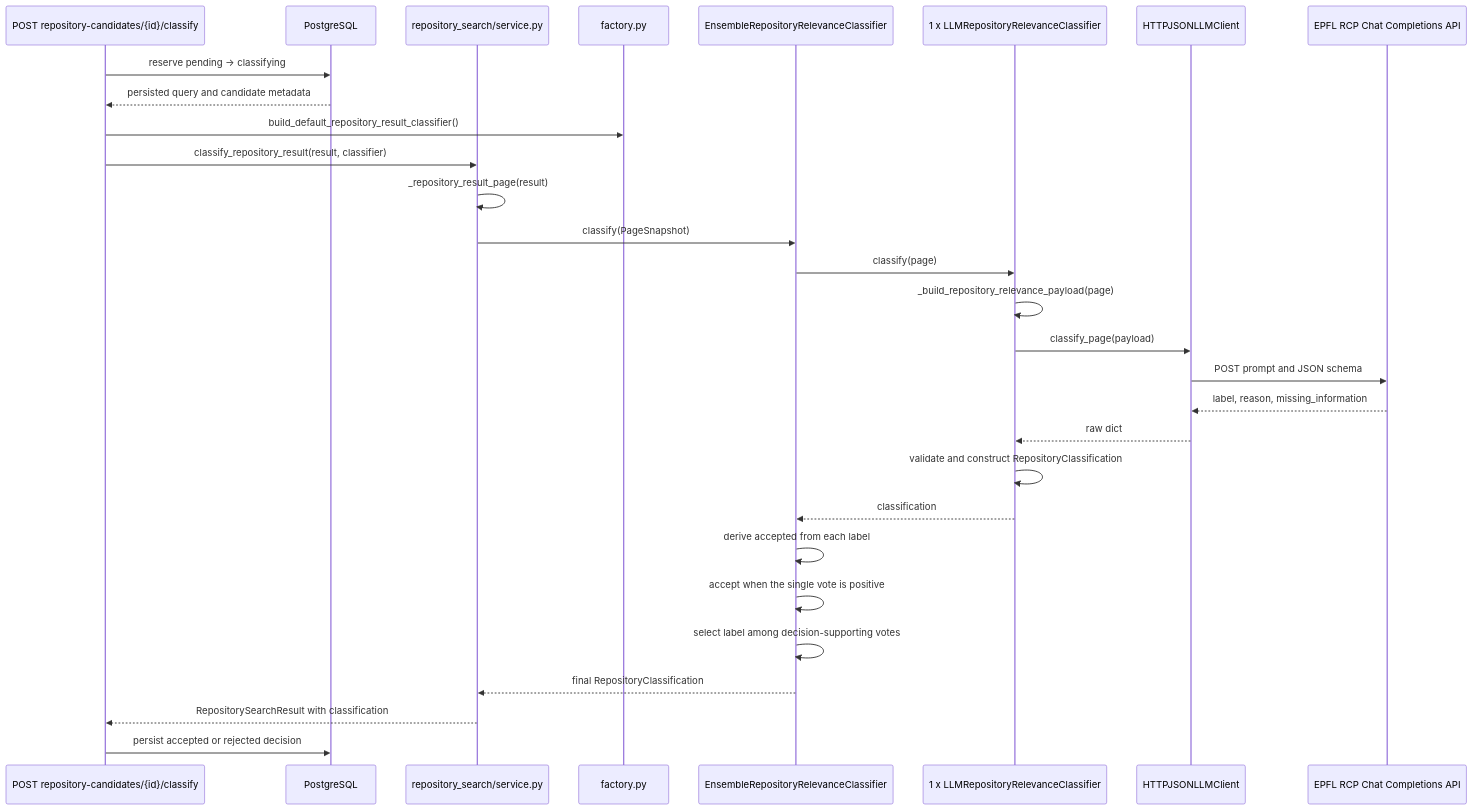
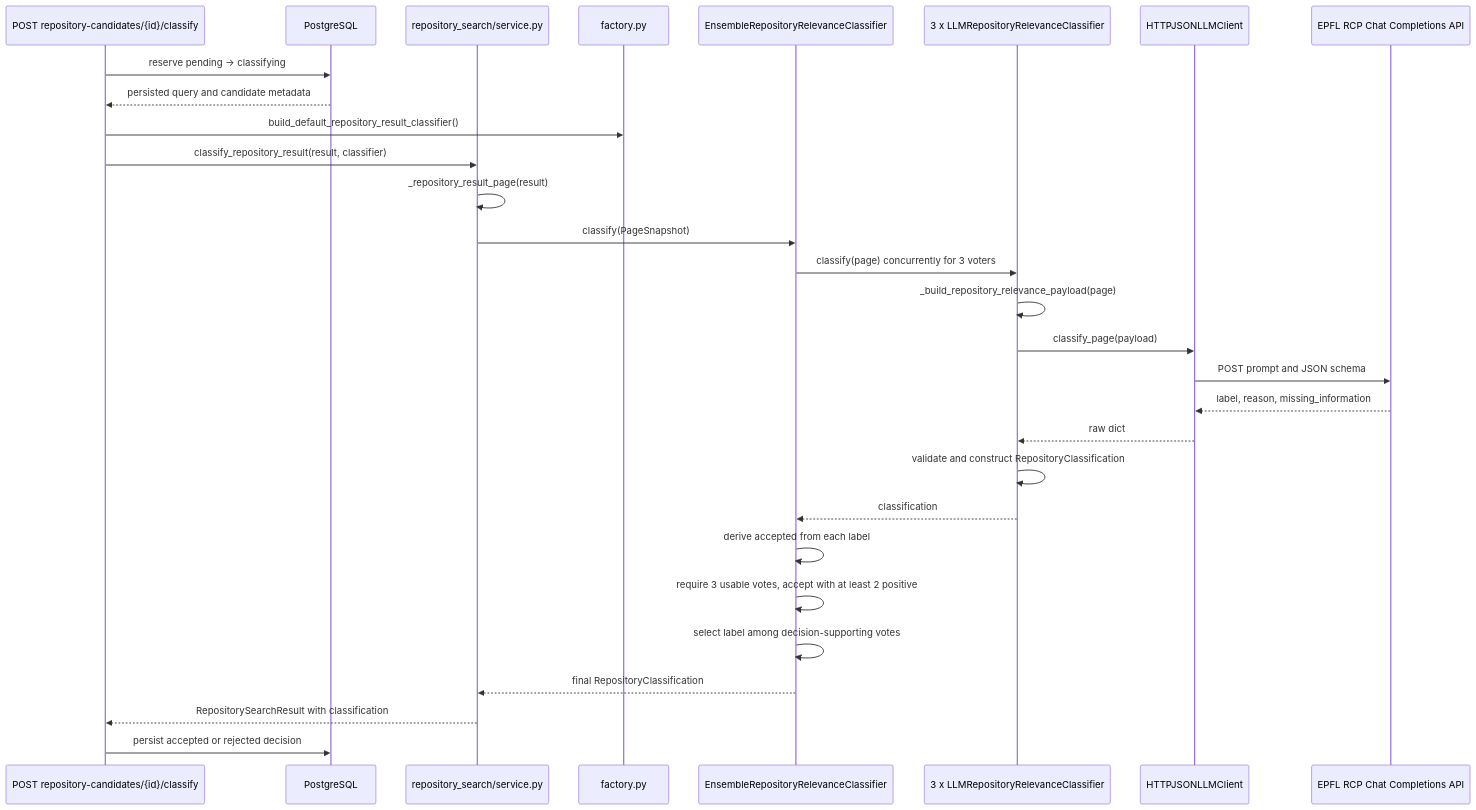
One commit to nicolasberlin/global-health-dataset-catalog changed the fourth of 5 diagrams in docs/classification-architecture.md. Above: the diagram before and after it, drawn with Mermaid. The commit also changed other lines of this file and 52 other files, not shown here.

````diff
--- a/docs/classification-architecture.md
+++ b/docs/classification-architecture.md
@@ -200,32 +209,32 @@
 ```mermaid
 sequenceDiagram
     participant Route as POST repository-candidates/{id}/classify
     participant DB as PostgreSQL
     participant Service as repository_search/service.py
     participant Factory as factory.py
     participant Ensemble as EnsembleRepositoryRelevanceClassifier
-    participant Voter as 1 x LLMRepositoryRelevanceClassifier
+    participant Voter as 3 x LLMRepositoryRelevanceClassifier
     participant Client as HTTPJSONLLMClient
     participant API as EPFL RCP Chat Completions API
 
     Route->>DB: reserve pending -> classifying
     DB-->>Route: persisted query and candidate metadata
     Route->>Factory: build_default_repository_result_classifier()
     Route->>Service: classify_repository_result(result, classifier)
     Service->>Service: _repository_result_page(result)
     Service->>Ensemble: classify(PageSnapshot)
-    Ensemble->>Voter: classify(page)
+    Ensemble->>Voter: classify(page) concurrently for 3 voters
     Voter->>Voter: _build_repository_relevance_payload(page)
     Voter->>Client: classify_page(payload)
     Client->>API: POST prompt and JSON schema
     API-->>Client: label, reason, missing_information
     Client-->>Voter: raw dict
     Voter->>Voter: validate and construct RepositoryClassification
     Voter-->>Ensemble: classification
     Ensemble->>Ensemble: derive accepted from each label
-    Ensemble->>Ensemble: accept when the single vote is positive
+    Ensemble->>Ensemble: require 3 usable votes, accept with at least 2 positive
     Ensemble->>Ensemble: select label among decision-supporting votes
     Ensemble-->>Service: final RepositoryClassification
     Service-->>Route: RepositorySearchResult with classification
     Route->>DB: persist accepted or rejected decision
 ```
````
